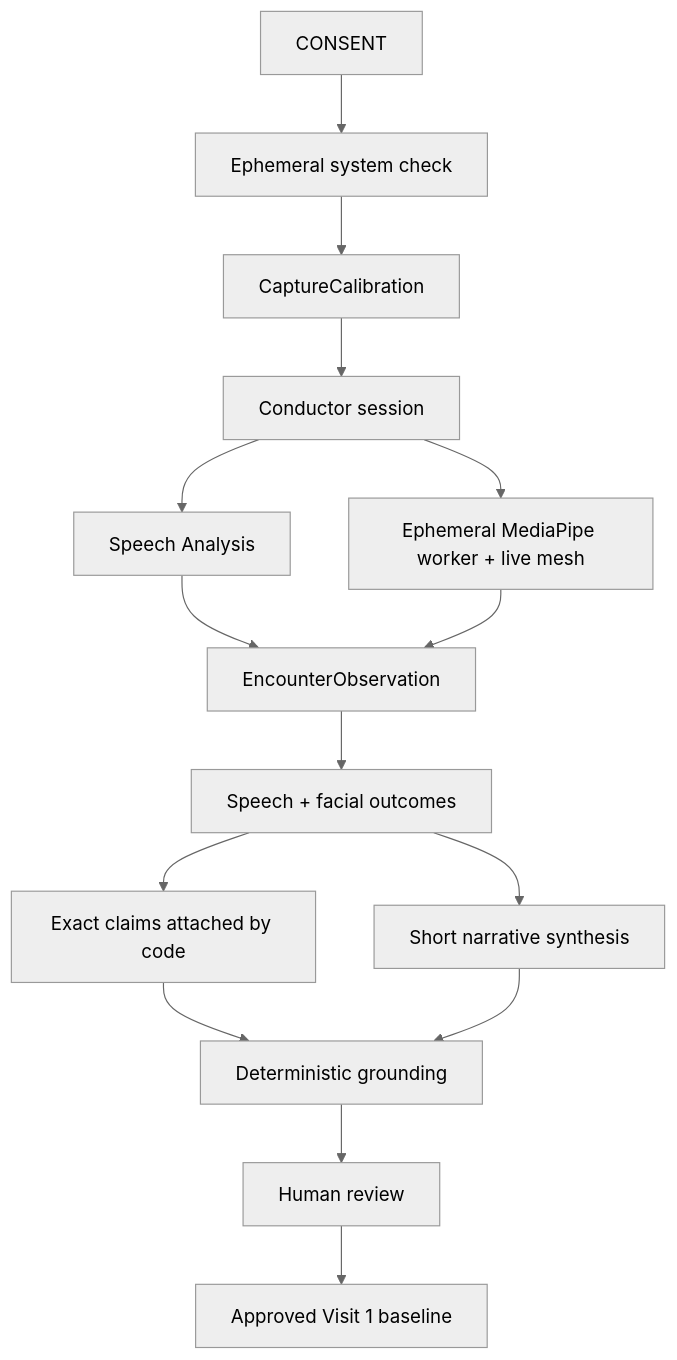
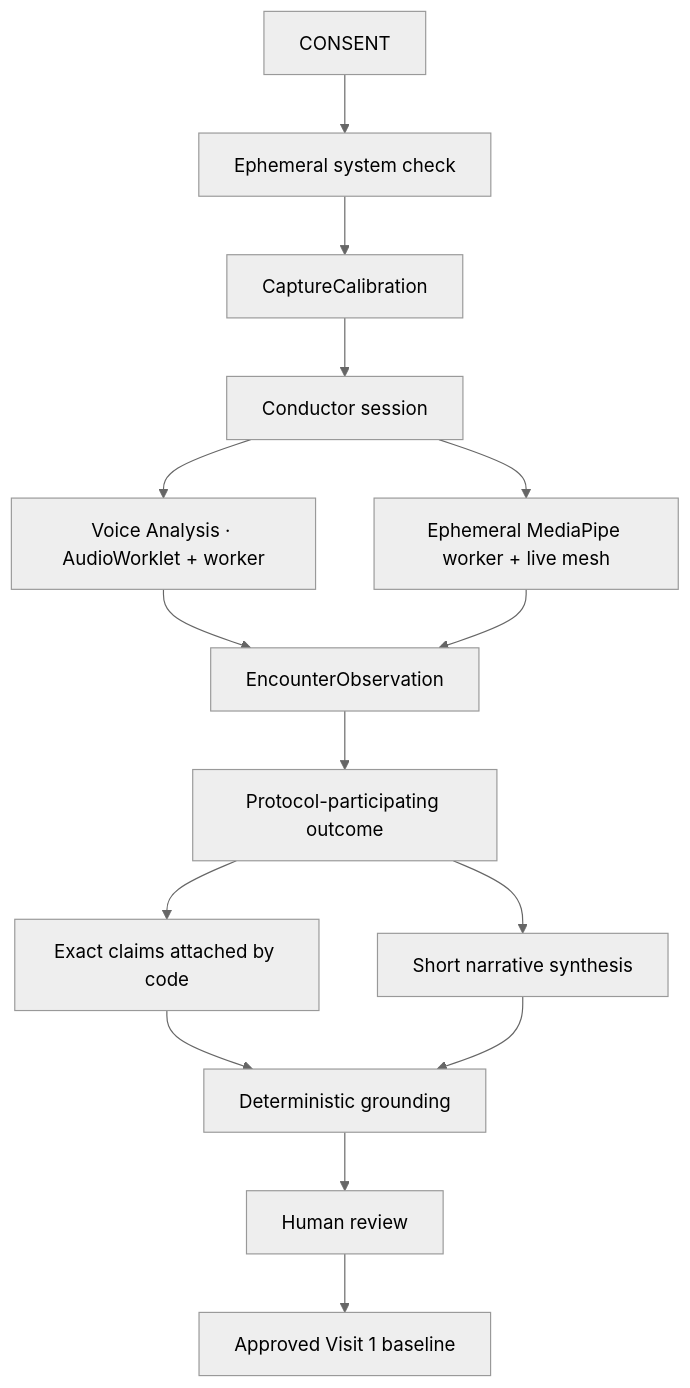
Before and after one commit to logannye/neurotrax: the second of 2 diagrams in docs/architecture.md, drawn with Mermaid (neutral theme). The commit also changed other lines of this file and 85 other files, not shown here.

````diff
--- a/docs/architecture.md
+++ b/docs/architecture.md
@@ -210,17 +221,17 @@
 ```mermaid
 flowchart TD
     CONSENT --> CHECK["Ephemeral system check"]
     CHECK --> CAL["CaptureCalibration"]
     CAL --> SESSION["Conductor session"]
-    SESSION --> AUDIO["Speech Analysis"]
+    SESSION --> AUDIO["Voice Analysis · AudioWorklet + worker"]
     SESSION --> FACE["Ephemeral MediaPipe worker + live mesh"]
     AUDIO --> OBS["EncounterObservation"]
     FACE --> OBS
-    OBS --> FACTS["Speech + facial outcomes"]
+    OBS --> FACTS["Protocol-participating outcome"]
     FACTS --> CLAIMS["Exact claims attached by code"]
     FACTS --> NARRATIVE["Short narrative synthesis"]
     CLAIMS --> GROUND["Deterministic grounding"]
     NARRATIVE --> GROUND
     GROUND --> REVIEW["Human review"]
     REVIEW --> BASELINE["Approved Visit 1 baseline"]
 ```
````
